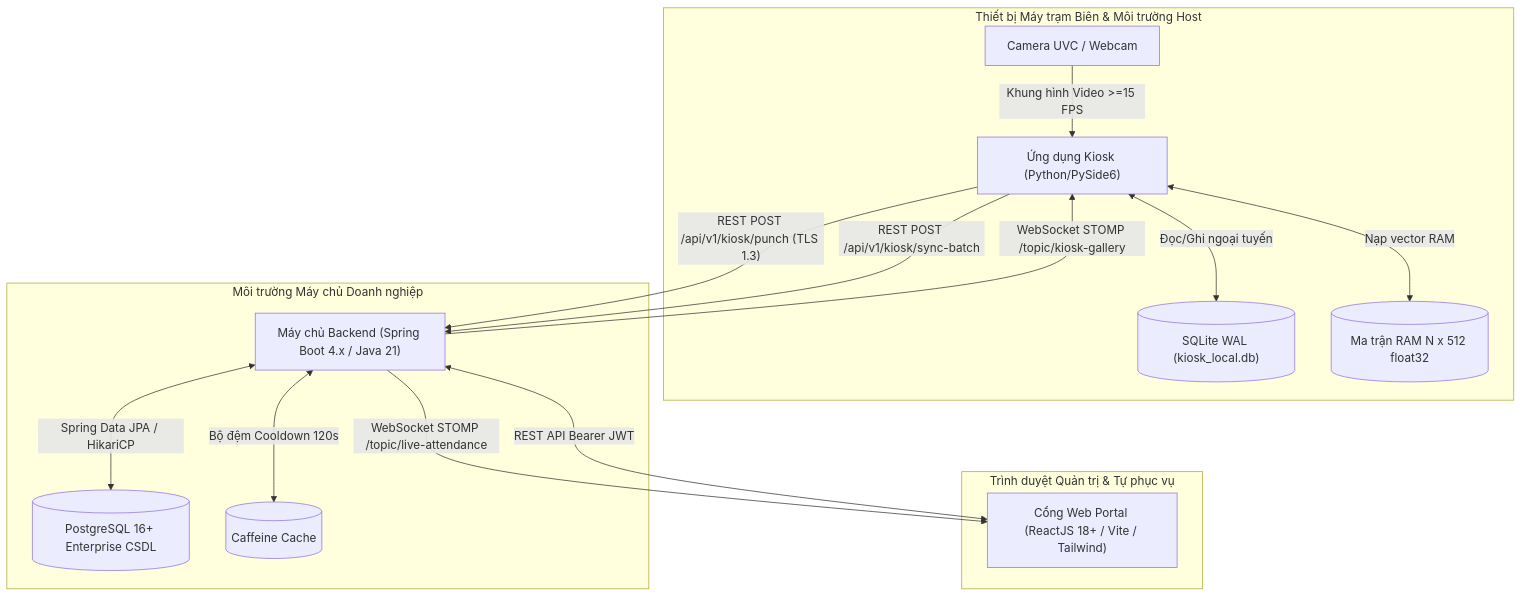
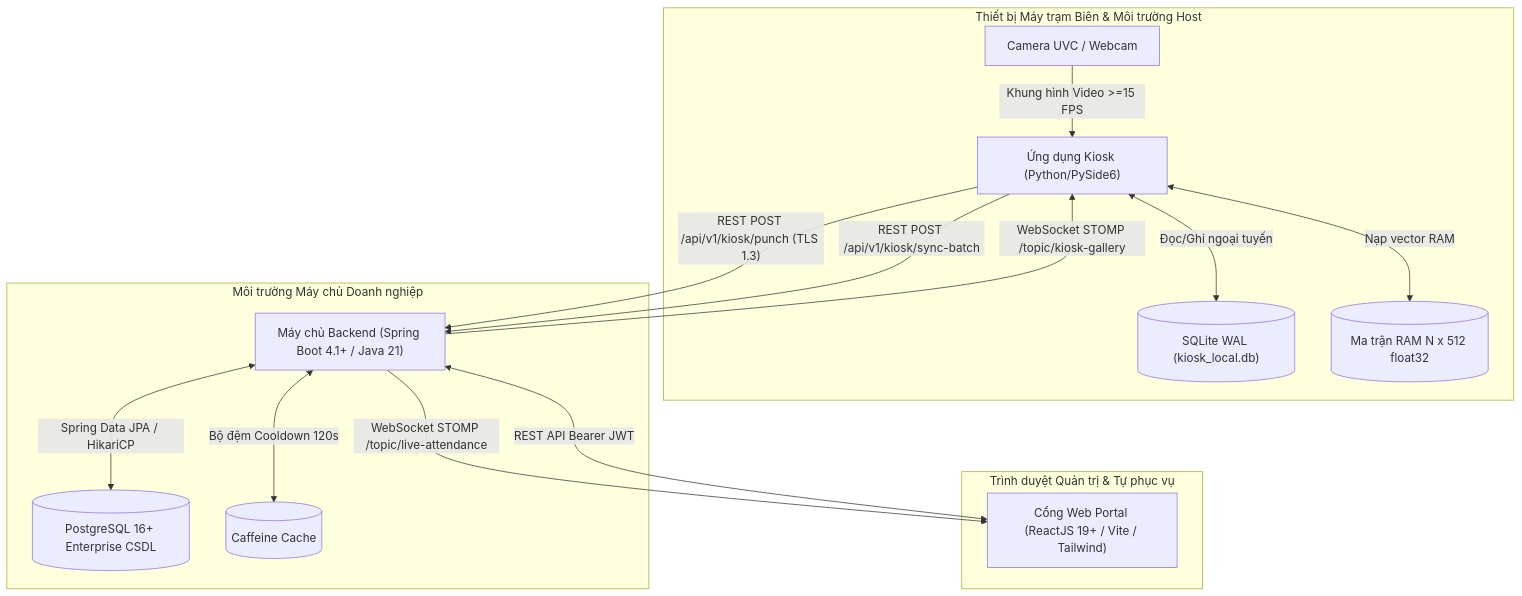
One commit to nvdung250405/face-attendance-system changed the diagram in docs/system-docs/dds/dds.md. Above: the diagram before and after it, drawn with Mermaid. The commit also changed other lines of this file and 38 other files, not shown here.

````diff
--- a/docs/system-docs/dds/dds.md
+++ b/docs/system-docs/dds/dds.md
@@ -27,25 +35,25 @@
 ```mermaid
 flowchart TB
     subgraph Host_Machine["Thiết bị Máy trạm Biên & Môi trường Host"]
         Camera["Camera UVC / Webcam"] -->|"Khung hình Video >=15 FPS"| KioskApp["Ứng dụng Kiosk (Python/PySide6)"]
         KioskApp <-->|"Đọc/Ghi ngoại tuyến"| SQLiteDB[("SQLite WAL (kiosk_local.db)")]
         KioskApp <-->|"Nạp vector RAM"| RAMCache[("Ma trận RAM N x 512 float32")]
     end
 
     subgraph Server_Environment["Môi trường Máy chủ Doanh nghiệp"]
-        BackendApp["Máy chủ Backend (Spring Boot 4.x / Java 21)"]
+        BackendApp["Máy chủ Backend (Spring Boot 4.1+ / Java 21)"]
         BackendApp <-->|"Spring Data JPA / HikariCP"| PostgresDB[("PostgreSQL 16+ Enterprise CSDL")]
         BackendApp <-->|"Bộ đệm Cooldown 120s"| CaffeineMem[("Caffeine Cache")]
     end
 
     subgraph Client_Browser["Trình duyệt Quản trị & Tự phục vụ"]
-        WebPortalApp["Cổng Web Portal (ReactJS 18+ / Vite / Tailwind)"]
+        WebPortalApp["Cổng Web Portal (ReactJS 19+ / Vite / Tailwind)"]
     end
 
     %% Luồng truyền thông
     KioskApp -->|"REST POST /api/v1/kiosk/punch (TLS 1.3)"| BackendApp
     KioskApp -->|"REST POST /api/v1/kiosk/sync-batch"| BackendApp
     BackendApp -->|"WebSocket STOMP /topic/kiosk-gallery"| KioskApp
     BackendApp -->|"WebSocket STOMP /topic/live-attendance"| WebPortalApp
     WebPortalApp <-->|"REST API Bearer JWT"| BackendApp
 ```
````
